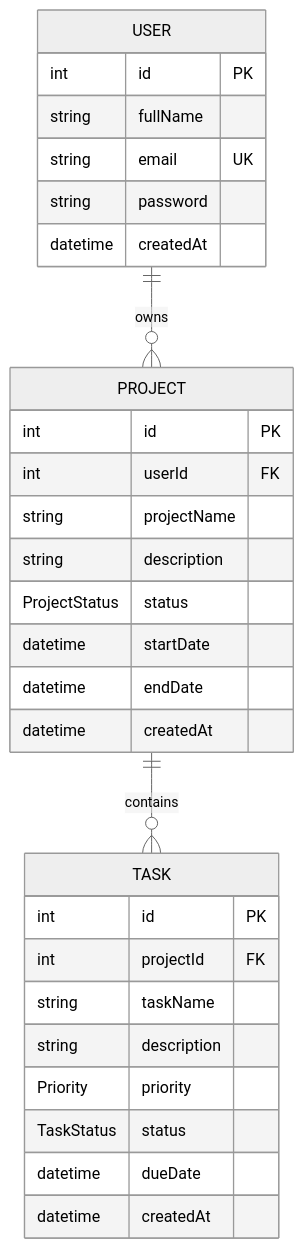
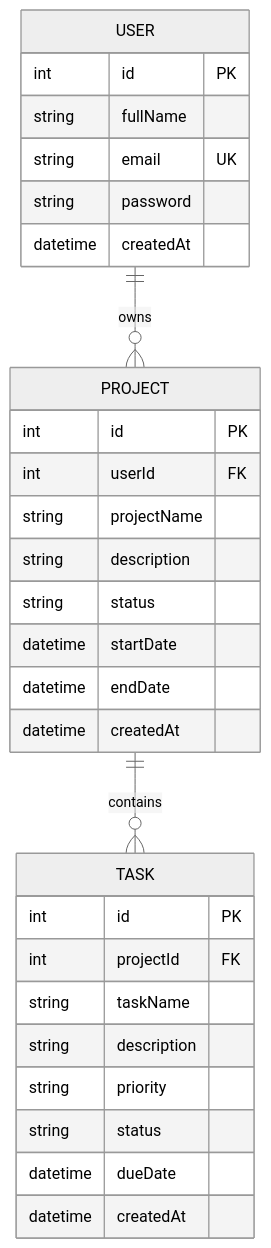
One commit to Sughapriyarajan/project-management-system changed the diagram in README.md. Above: the diagram before and after it, drawn with Mermaid (neutral theme). The commit also changed other lines of this file, not shown here.

````diff
--- a/README.md
+++ b/README.md
@@ -191,35 +203,35 @@
 ```mermaid
 erDiagram
     USER ||--o{ PROJECT : owns
     PROJECT ||--o{ TASK : contains
 
     USER {
         int id PK
         string fullName
         string email UK
         string password
         datetime createdAt
     }
 
     PROJECT {
         int id PK
         int userId FK
         string projectName
         string description
-        ProjectStatus status
+        string status
         datetime startDate
         datetime endDate
         datetime createdAt
     }
 
     TASK {
         int id PK
         int projectId FK
         string taskName
         string description
-        Priority priority
-        TaskStatus status
+        string priority
+        string status
         datetime dueDate
         datetime createdAt
     }
 ```
````
